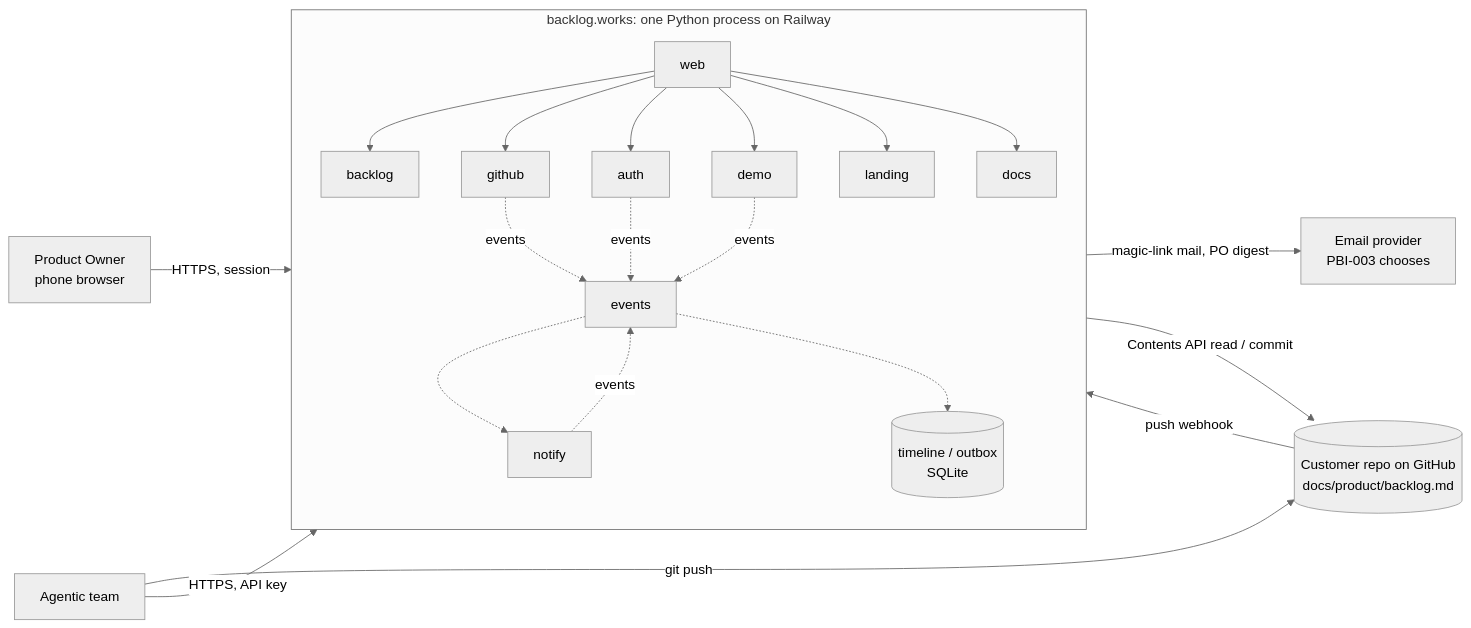
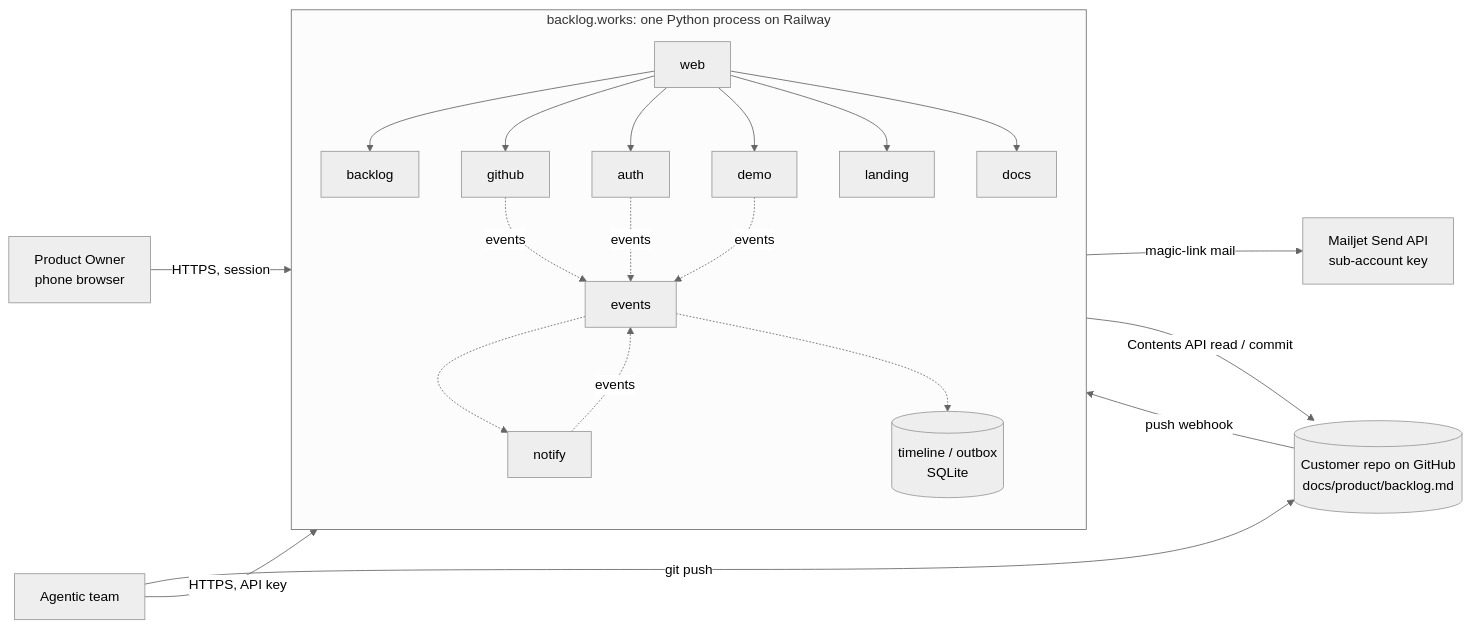
Before and after one commit to priaby/backlog-works: the first of 2 diagrams in docs/architecture.md, drawn with Mermaid (neutral theme). The commit also changed other lines of this file and 11 other files, not shown here.

````diff
--- a/docs/architecture.md
+++ b/docs/architecture.md
@@ -31,15 +31,15 @@
 ```mermaid
 flowchart LR
   PO[Product Owner<br/>phone browser] -->|HTTPS, session| BW
   AG[Agentic team] -->|HTTPS, API key| BW
   AG -->|git push| GH[(Customer repo on GitHub<br/>docs/product/backlog.md)]
   GH -->|push webhook| BW
   subgraph BW[backlog.works: one Python process on Railway]
     direction TB
     web --> backlog & github & auth & demo & landing & docs
     github & auth & notify & demo -.->|events| events
     events -.-> notify & timeline[(timeline / outbox<br/>SQLite)]
   end
   BW -->|Contents API read / commit| GH
-  notify -->|magic-link mail, PO digest| MAIL[Email provider<br/>PBI-003 chooses]
+  notify -->|magic-link mail| MAIL[Mailjet Send API<br/>sub-account key]
 ```
````
